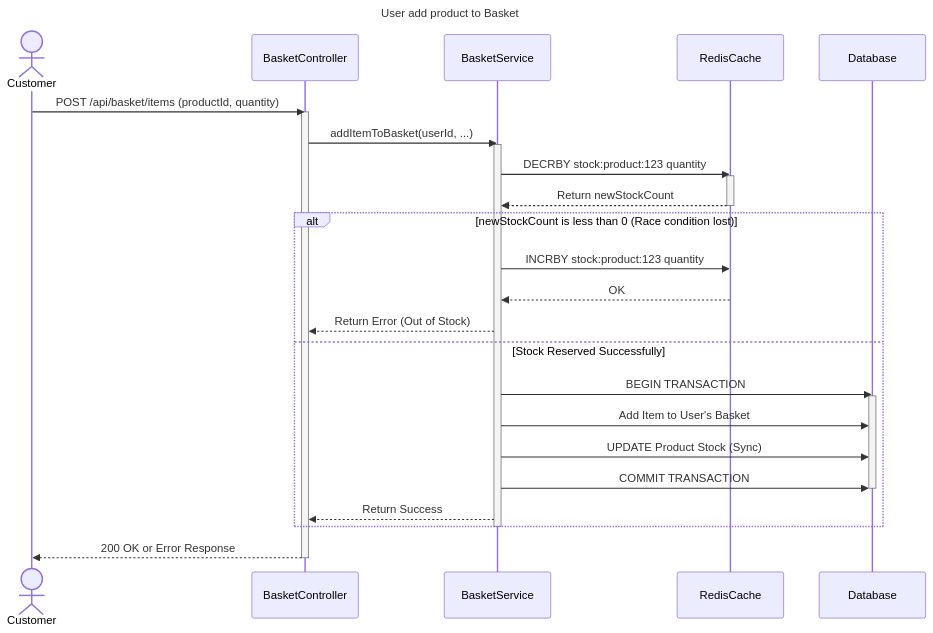
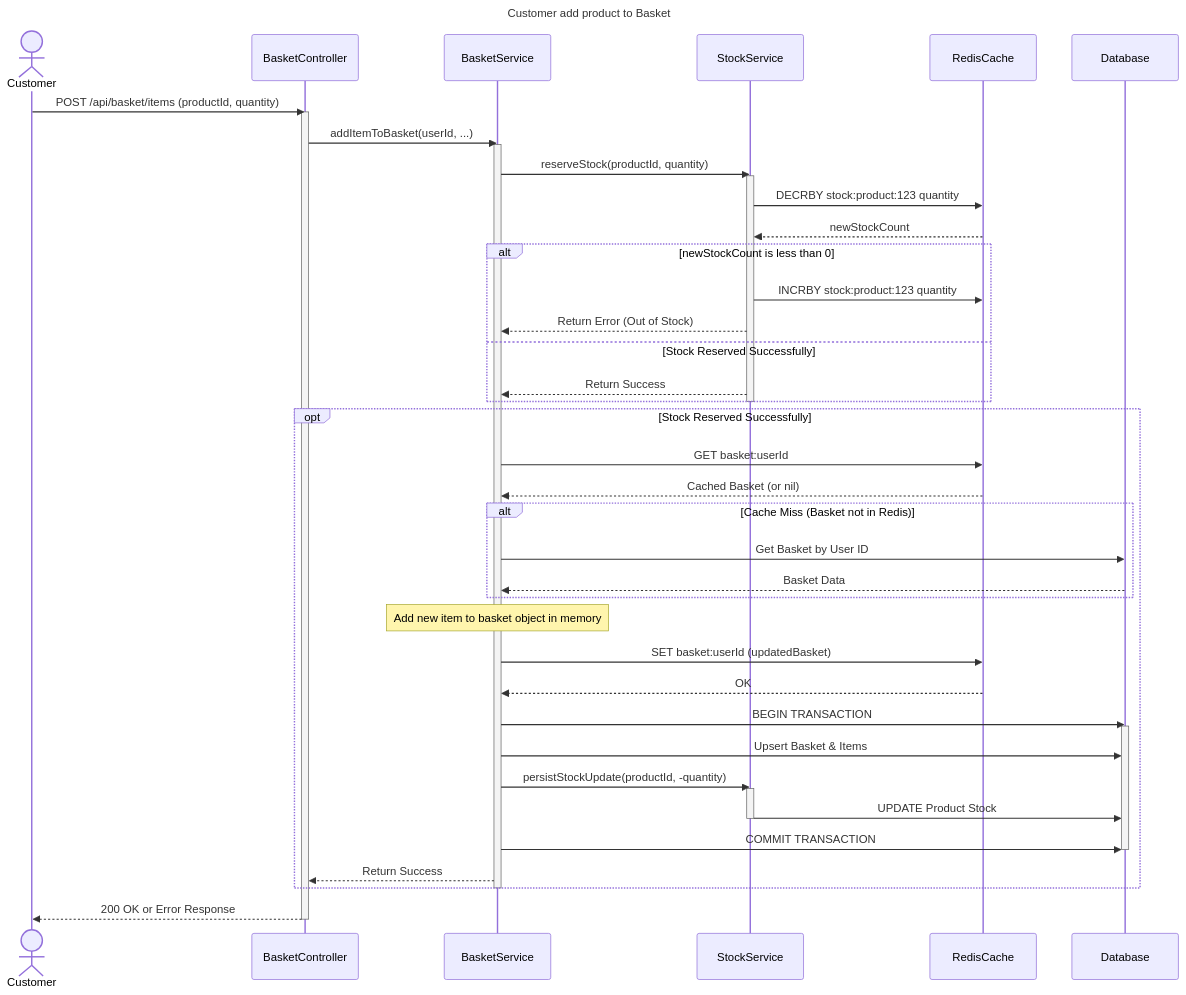
The diagram in diagram/sequence/user_add_to_basekt.mmd (ngaikkeung/electronic-store-checkout-backend), drawn with Mermaid before and after one commit. The commit also changed 2 other files, not shown here.

Commit message:
Update diagram

```diff
--- a/diagram/sequence/user_add_to_basekt.mmd
+++ b/diagram/sequence/user_add_to_basekt.mmd
@@ -1,41 +1,64 @@
 sequenceDiagram
-    title User add product to Basket
+    title Customer add product to Basket 
 
     actor Customer
     participant BasketController
     participant BasketService
+    participant StockService
     participant RedisCache
     participant Database
 
     Customer->>BasketController: POST /api/basket/items (productId, quantity)
     activate BasketController
 
     BasketController->>BasketService: addItemToBasket(userId, ...)
     activate BasketService
 
-    %% First, atomically decrease stock in Redis
-    BasketService->>RedisCache: DECRBY stock:product:123 quantity
-    activate RedisCache
-    RedisCache-->>BasketService: Return newStockCount
-    deactivate RedisCache
+    %% 1. Reserve stock in Redis first to handle concurrency
+    BasketService->>StockService: reserveStock(productId, quantity)
+    activate StockService
+    StockService->>RedisCache: DECRBY stock:product:123 quantity
+    RedisCache-->>StockService: newStockCount
+    
+    alt newStockCount is less than 0
+        StockService->>RedisCache: INCRBY stock:product:123 quantity
+        StockService-->>BasketService: Return Error (Out of Stock)
+    else Stock Reserved Successfully
+        StockService-->>BasketService: Return Success
+    end
+    deactivate StockService
 
-    alt newStockCount is less than 0 (Race condition lost)
-        %% We took too many, so we must put them back
-        BasketService->>RedisCache: INCRBY stock:product:123 quantity
+    %% 2. If stock was reserved, manage the basket state
+    opt Stock Reserved Successfully
+        %% Try to get the current basket from the cache
+        BasketService->>RedisCache: GET basket:userId
+        RedisCache-->>BasketService: Cached Basket (or nil)
+
+        alt Cache Miss (Basket not in Redis)
+            BasketService->>Database: Get Basket by User ID
+            Database-->>BasketService: Basket Data
+        end
+        
+        note over BasketService: Add new item to basket object in memory
+
+        %% 3. Upsert the entire updated basket back into Redis
+        BasketService->>RedisCache: SET basket:userId (updatedBasket)
         RedisCache-->>BasketService: OK
-        BasketService-->>BasketController: Return Error (Out of Stock)
-    else Stock Reserved Successfully
-        %% Now that stock is reserved in Redis, update the persistent database
+
+        %% 4. Persist all changes to the primary database
         BasketService->>Database: BEGIN TRANSACTION
         activate Database
-        BasketService->>Database: Add Item to User's Basket
-        BasketService->>Database: UPDATE Product Stock (Sync)
+        BasketService->>Database: Upsert Basket & Items
+        BasketService->>StockService: persistStockUpdate(productId, -quantity)
+        activate StockService
+        StockService->>Database: UPDATE Product Stock
+        deactivate StockService
         BasketService->>Database: COMMIT TRANSACTION
         deactivate Database
 
         BasketService-->>BasketController: Return Success
     end
     deactivate BasketService
 
     BasketController-->>Customer: 200 OK or Error Response
     deactivate BasketController
```
